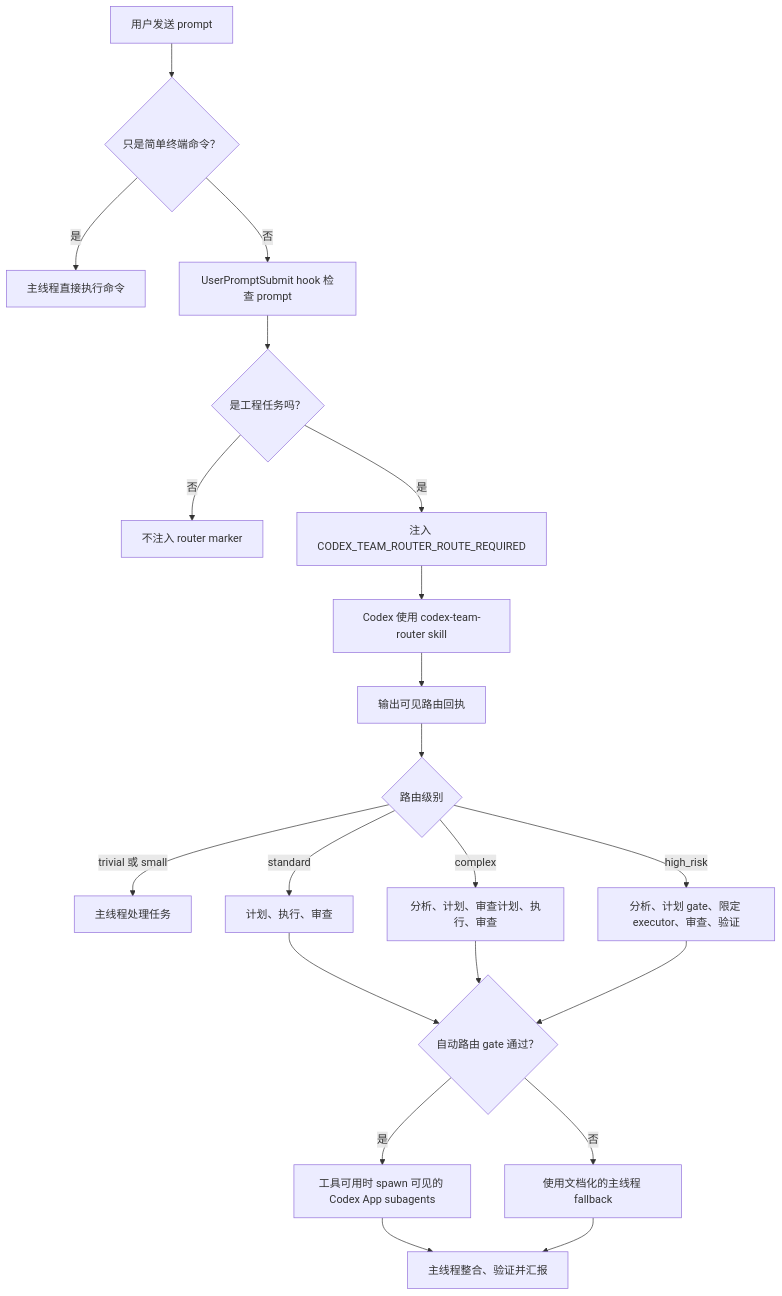
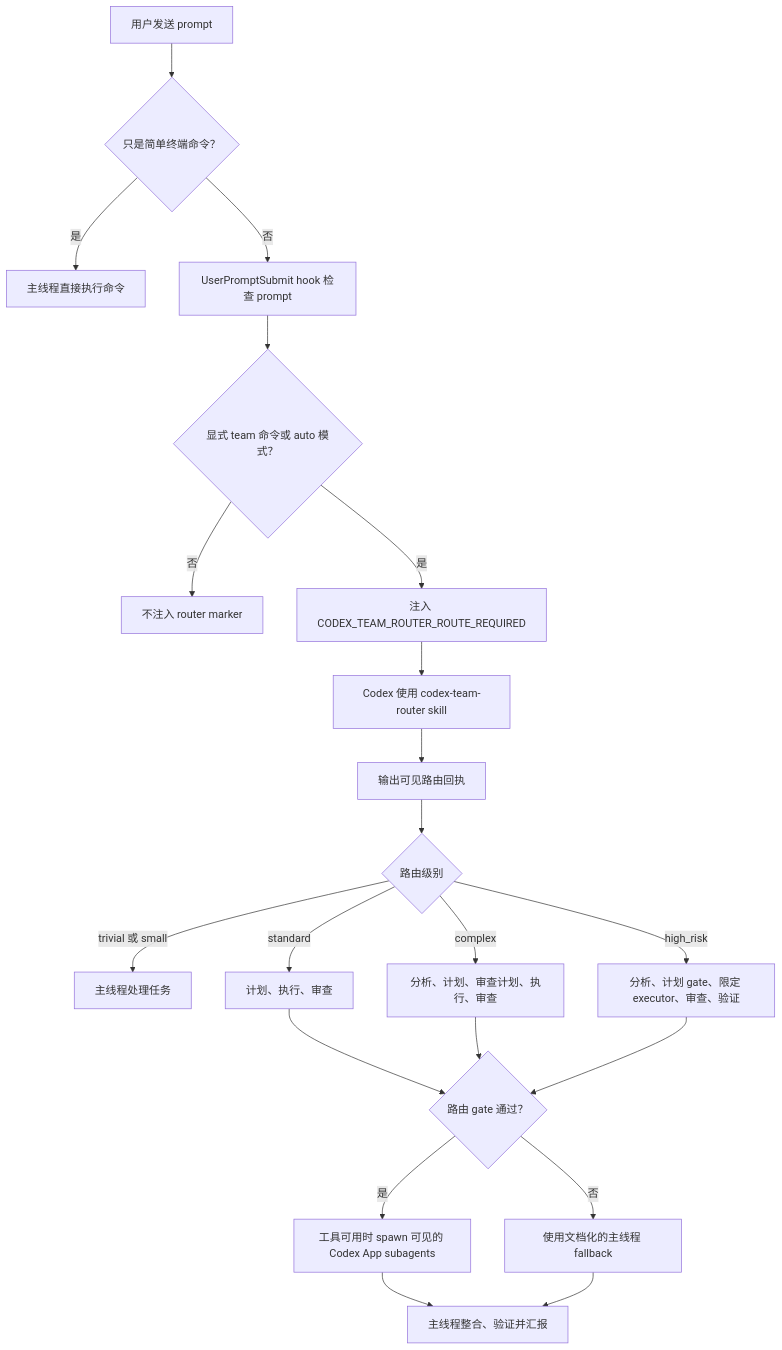
The diagram in README.zh-CN.md (inorilzy/codex-team-router), drawn with Mermaid before and after one commit. The commit also changed other lines of this file and 7 other files, not shown here.

````diff
--- a/README.zh-CN.md
+++ b/README.zh-CN.md
@@ -31,23 +31,23 @@
 ```mermaid
 flowchart TD
   A["用户发送 prompt"] --> B{"只是简单终端命令？"}
   B -- "是" --> C["主线程直接执行命令"]
   B -- "否" --> D["UserPromptSubmit hook 检查 prompt"]
-  D --> E{"是工程任务吗？"}
+  D --> E{"显式 team 命令或 auto 模式？"}
   E -- "否" --> F["不注入 router marker"]
   E -- "是" --> G["注入 CODEX_TEAM_ROUTER_ROUTE_REQUIRED"]
   G --> H["Codex 使用 codex-team-router skill"]
   H --> I["输出可见路由回执"]
   I --> J{"路由级别"}
   J -- "trivial 或 small" --> K["主线程处理任务"]
   J -- "standard" --> L["计划、执行、审查"]
   J -- "complex" --> M["分析、计划、审查计划、执行、审查"]
   J -- "high_risk" --> N["分析、计划 gate、限定 executor、审查、验证"]
-  L --> O{"自动路由 gate 通过？"}
+  L --> O{"路由 gate 通过？"}
   M --> O
   N --> O
   O -- "是" --> P["工具可用时 spawn 可见的 Codex App subagents"]
   O -- "否" --> Q["使用文档化的主线程 fallback"]
   P --> R["主线程整合、验证并汇报"]
   Q --> R
 ```
````
